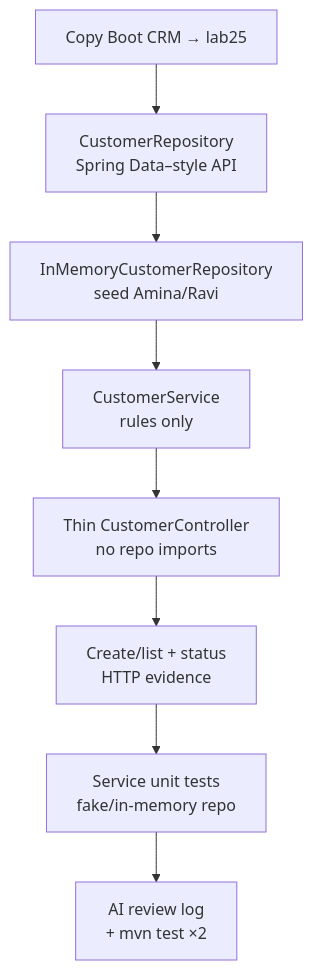
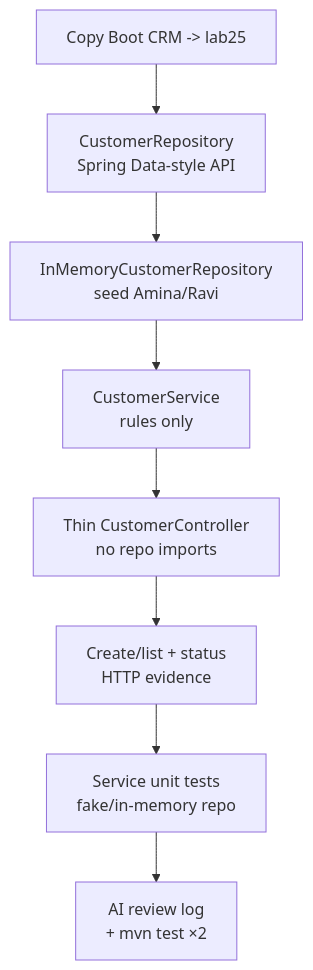
The second of 2 diagrams in labs/Week 3 - Spring Framework and Enterprise Patterns/module-25/lab25/LAB-25-GUIDE.md (pupilliluke/bc-sw-engineer-java-participant), drawn with Mermaid before and after one commit. The commit also changed 55 other files, not shown here.

Commit message:
Stop publishing local screenshots; harden Mermaid for GitHub; sync only tracked lab files.

````diff
--- a/labs/Week 3 - Spring Framework and Enterprise Patterns/module-25/lab25/LAB-25-GUIDE.md
+++ b/labs/Week 3 - Spring Framework and Enterprise Patterns/module-25/lab25/LAB-25-GUIDE.md
@@ -98,10 +98,10 @@
 ```mermaid
 flowchart TD
-    A["Copy Boot CRM → lab25"] --> B["CustomerRepository<br/>Spring Data–style API"]
+    A["Copy Boot CRM -> lab25"] --> B["CustomerRepository<br/>Spring Data-style API"]
     B --> C["InMemoryCustomerRepository<br/>seed Amina/Ravi"]
     C --> D["CustomerService<br/>rules only"]
     D --> E["Thin CustomerController<br/>no repo imports"]
     E --> F["Create/list + status<br/>HTTP evidence"]
     F --> G["Service unit tests<br/>fake/in-memory repo"]
     G --> H["AI review log<br/>+ mvn test ×2"]
 ```
````
